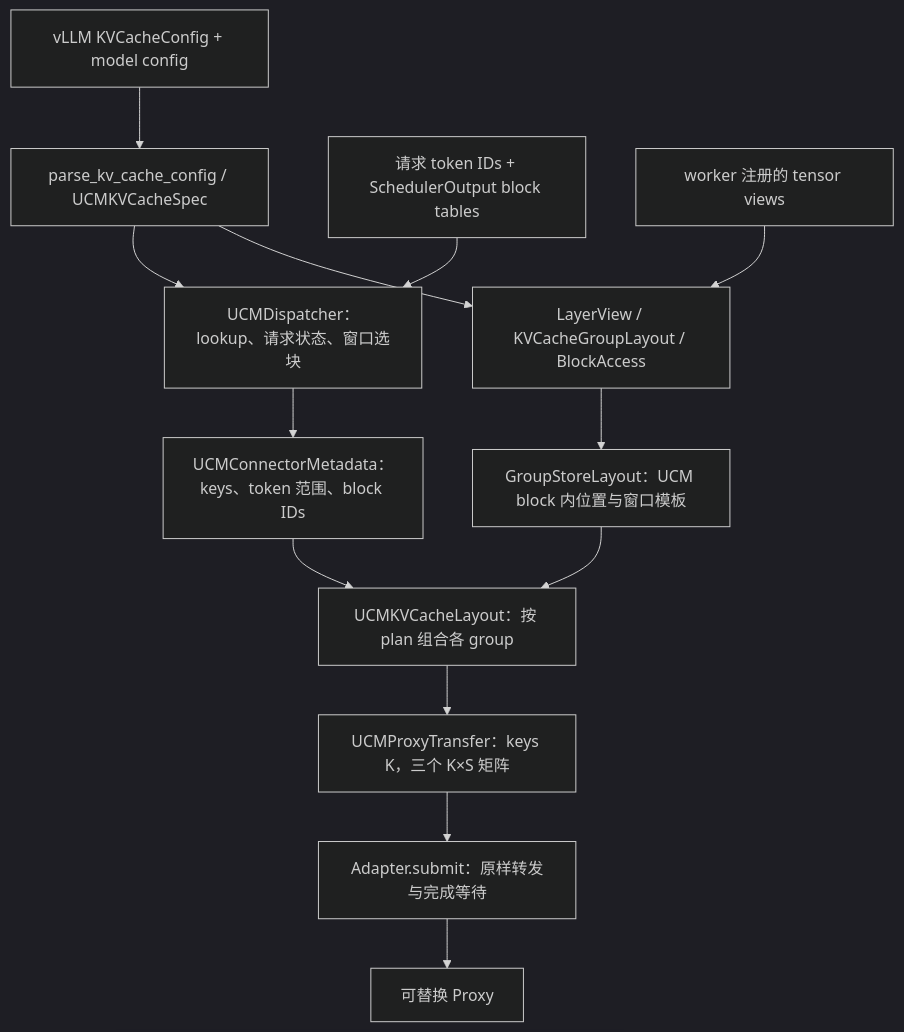
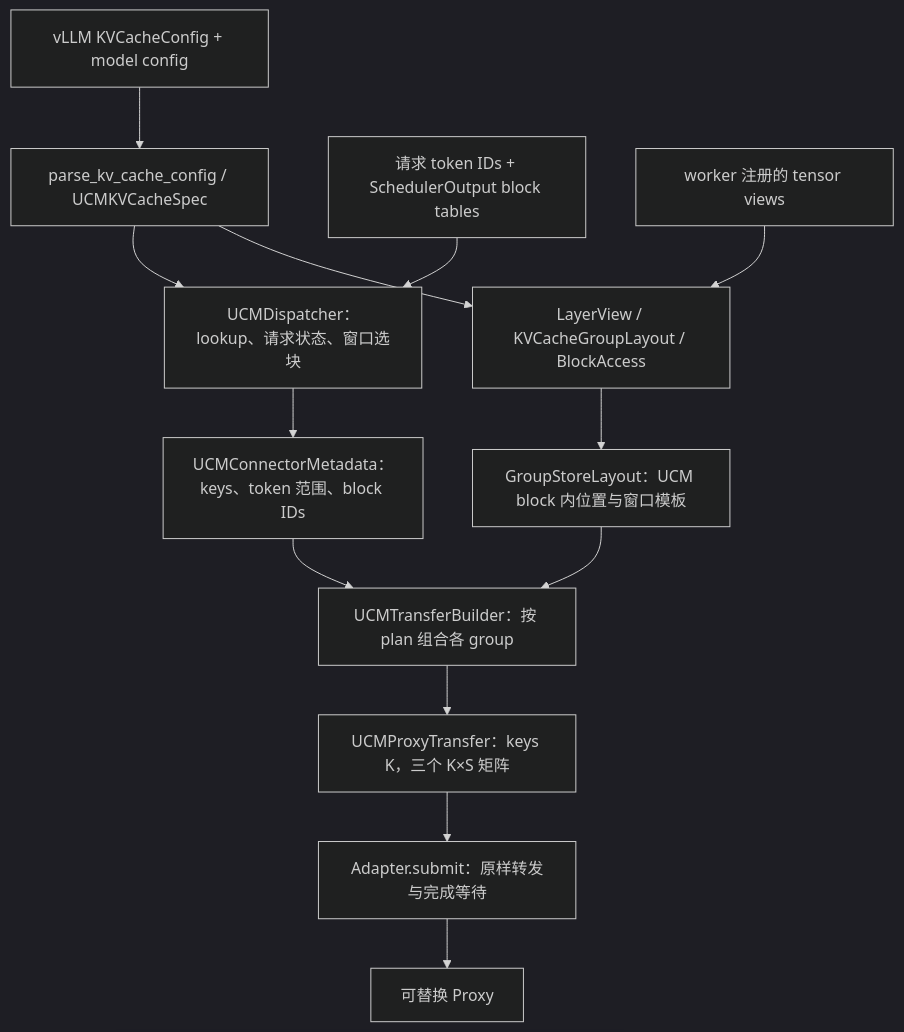
The diagram in docs/connector-v2-detailed-design.md (ModelEngine-Group/unified-cache-management), drawn with Mermaid (dark theme) before and after one commit. The commit also changed other lines of this file and 15 other files, not shown here.

````diff
--- a/docs/connector-v2-detailed-design.md
+++ b/docs/connector-v2-detailed-design.md
@@ -26,15 +26,15 @@
 ```mermaid
 flowchart TD
     Config["vLLM KVCacheConfig + model config"] --> Spec["parse_kv_cache_config / UCMKVCacheSpec"]
     Spec --> Scheduler["UCMDispatcher：lookup、请求状态、窗口选块"]
     Request["请求 token IDs + SchedulerOutput block tables"] --> Scheduler
     Scheduler --> Meta["UCMConnectorMetadata：keys、token 范围、block IDs"]
     Views["worker 注册的 tensor views"] --> Physical["LayerView / KVCacheGroupLayout / BlockAccess"]
     Spec --> Physical
     Physical --> Record["GroupStoreLayout：UCM block 内位置与窗口模板"]
-    Meta --> Builder["UCMKVCacheLayout：按 plan 组合各 group"]
+    Meta --> Builder["UCMTransferBuilder：按 plan 组合各 group"]
     Record --> Builder
     Builder --> Transfer["UCMProxyTransfer：keys K，三个 K×S 矩阵"]
     Transfer --> Adapter["Adapter.submit：原样转发与完成等待"]
     Adapter --> Proxy["可替换 Proxy"]
 ```
````
